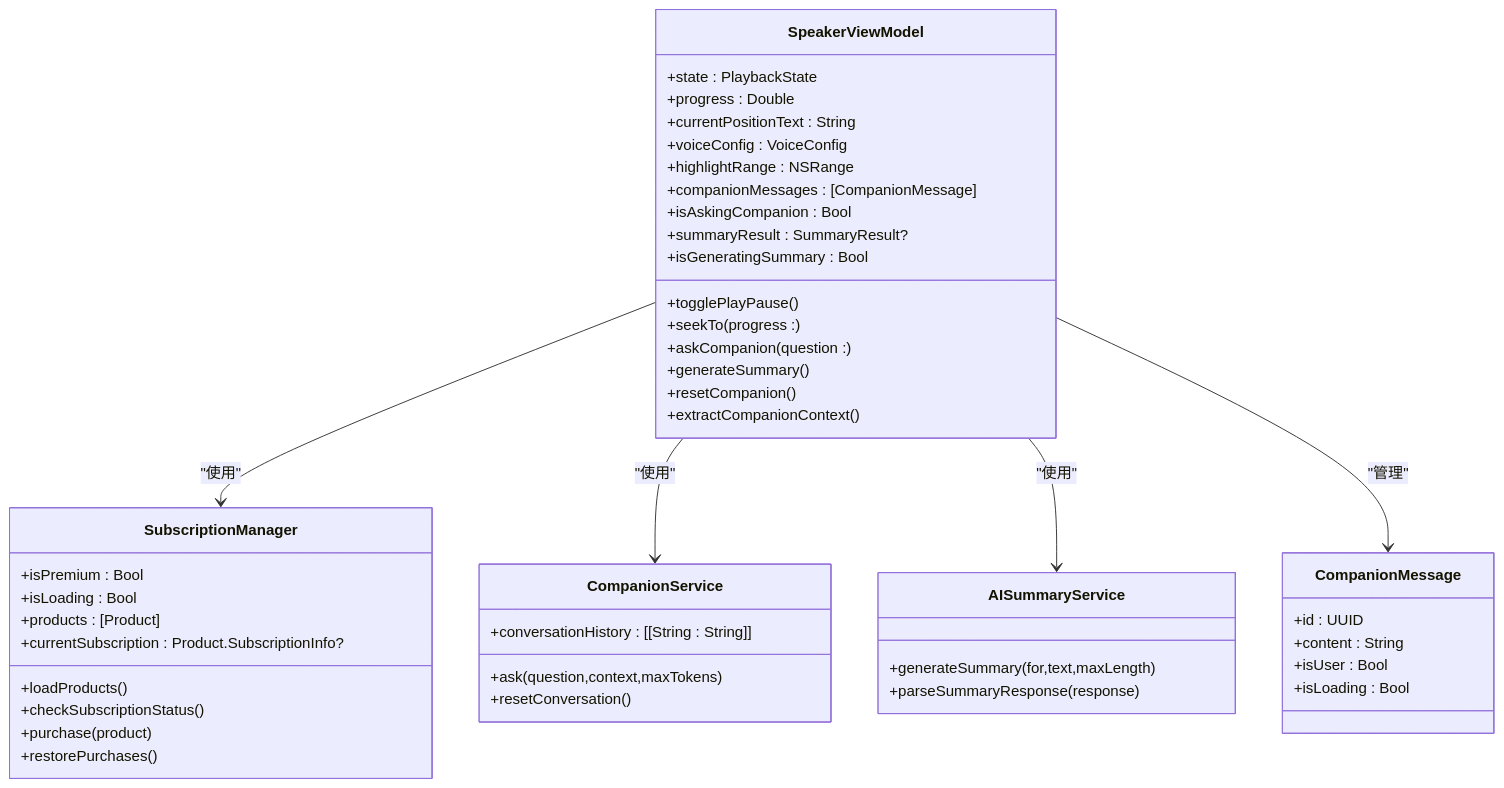
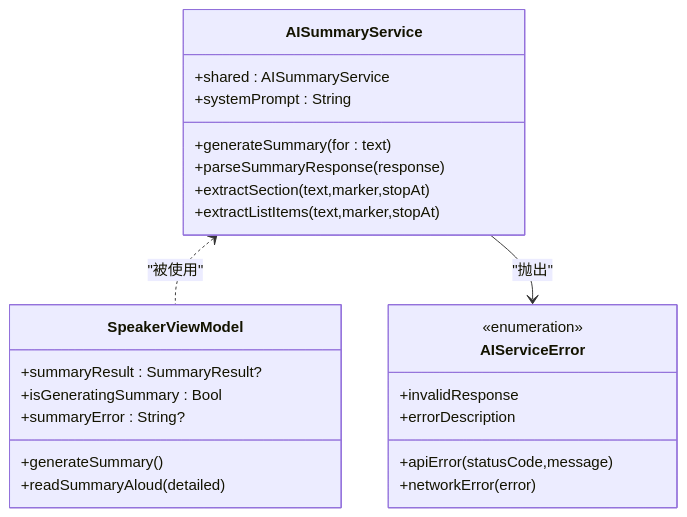
Before and after one commit to Primoguo/VoiceReader: diagram 11 of 13 in .qoder/repowiki/zh/content/用户界面设计/播放器界面.md, drawn with Mermaid. The commit also changed other lines of this file and 92 other files, not shown here.

````diff
--- a/.qoder/repowiki/zh/content/用户界面设计/播放器界面.md
+++ b/.qoder/repowiki/zh/content/用户界面设计/播放器界面.md
@@ -619,49 +679,27 @@
 ```mermaid
 classDiagram
+class AISummaryService {
++shared : AISummaryService
++systemPrompt : String
++generateSummary(for : text)
++parseSummaryResponse(response)
++extractSection(text,marker,stopAt)
++extractListItems(text,marker,stopAt)
+}
+class AIServiceError {
+<<enumeration>>
++invalidResponse
++apiError(statusCode,message)
++networkError(error)
++errorDescription
+}
 class SpeakerViewModel {
-+state : PlaybackState
-+progress : Double
-+currentPositionText : String
-+voiceConfig : VoiceConfig
-+highlightRange : NSRange
-+companionMessages : [CompanionMessage]
-+isAskingCompanion : Bool
 +summaryResult : SummaryResult?
 +isGeneratingSummary : Bool
-+togglePlayPause()
-+seekTo(progress : )
-+askCompanion(question : )
++summaryError : String?
 +generateSummary()
-+resetCompanion()
-+extractCompanionContext()
++readSummaryAloud(detailed)
 }
-class SubscriptionManager {
-+isPremium : Bool
-+isLoading : Bool
-+products : [Product]
-+currentSubscription : Product.SubscriptionInfo?
-+loadProducts()
-+checkSubscriptionStatus()
-+purchase(product)
-+restorePurchases()
-}
-class CompanionService {
-+conversationHistory : [[String : String]]
-+ask(question,context,maxTokens)
-+resetConversation()
-}
-class CompanionMessage {
-+id : UUID
-+content : String
-+isUser : Bool
-+isLoading : Bool
-}
-class AISummaryService {
-+generateSummary(for,text,maxLength)
-+parseSummaryResponse(response)
-}
-SpeakerViewModel --> SubscriptionManager : "使用"
-SpeakerViewModel --> CompanionService : "使用"
-SpeakerViewModel --> AISummaryService : "使用"
-SpeakerViewModel --> CompanionMessage : "管理"
+AISummaryService <.. SpeakerViewModel : "被使用"
+AISummaryService --> AIServiceError : "抛出"
 ```
````
